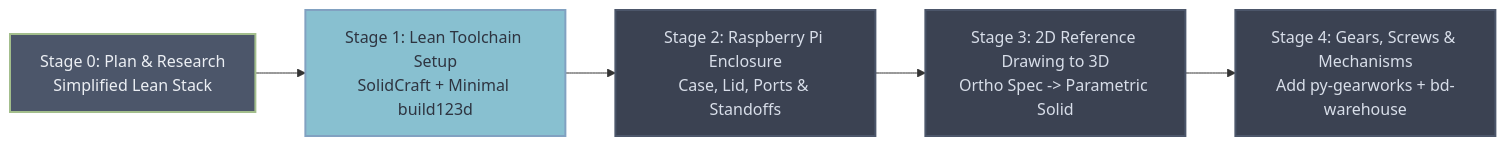
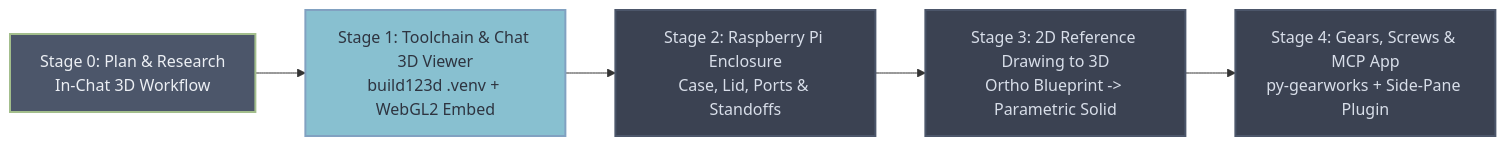
The diagram in readme.md (DevilSu/learn_AI_CAD_design), drawn with Mermaid before and after one commit. The commit also changed other lines of this file and 1 other file, not shown here.

Commit message:
docs: pivot CAD plan to pure headless build123d with in-chat 3D HTML/MCP viewer

````diff
--- a/readme.md
+++ b/readme.md
@@ -30,12 +35,12 @@
 ```mermaid
 graph LR
     classDef done fill:#4C566A,stroke:#A3BE8C,stroke-width:2px,color:#ECEFF4;
     classDef next fill:#88C0D0,stroke:#81A1C1,stroke-width:2px,color:#2E3440;
     classDef future fill:#3B4252,stroke:#4C566A,stroke-width:2px,color:#D8DEE9;
 
-    S0["Stage 0: Plan & Research<br/>Simplified Lean Stack"]:::done -->
-    S1["Stage 1: Lean Toolchain Setup<br/>SolidCraft + Minimal build123d"]:::next -->
+    S0["Stage 0: Plan & Research<br/>In-Chat 3D Workflow"]:::done -->
+    S1["Stage 1: Toolchain & Chat 3D Viewer<br/>build123d .venv + WebGL2 Embed"]:::next -->
     S2["Stage 2: Raspberry Pi Enclosure<br/>Case, Lid, Ports & Standoffs"]:::future -->
-    S3["Stage 3: 2D Reference Drawing to 3D<br/>Ortho Spec -> Parametric Solid"]:::future -->
-    S4["Stage 4: Gears, Screws & Mechanisms<br/>Add py-gearworks + bd-warehouse"]:::future
+    S3["Stage 3: 2D Reference Drawing to 3D<br/>Ortho Blueprint -> Parametric Solid"]:::future -->
+    S4["Stage 4: Gears, Screws & MCP App<br/>py-gearworks + Side-Pane Plugin"]:::future
 ```
````
